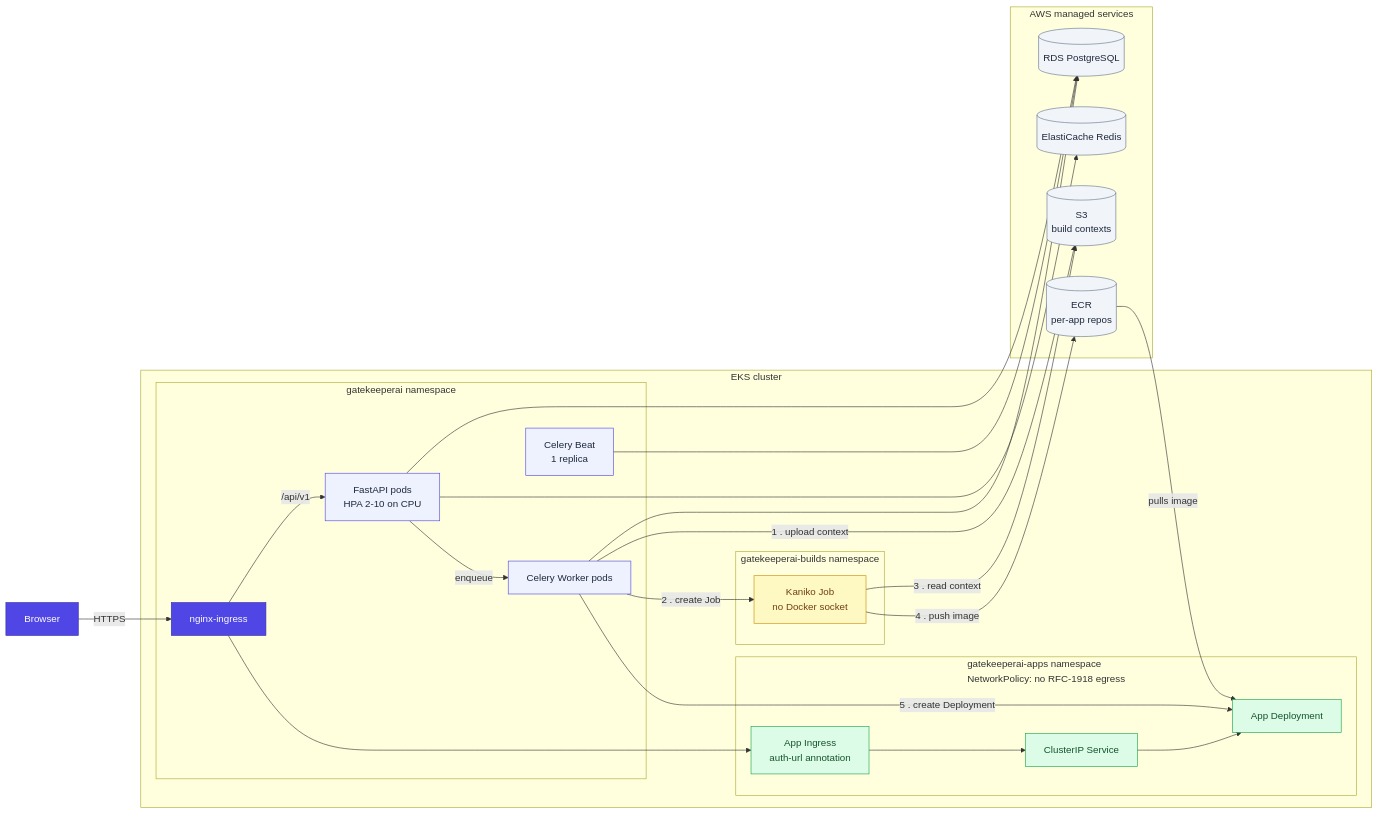
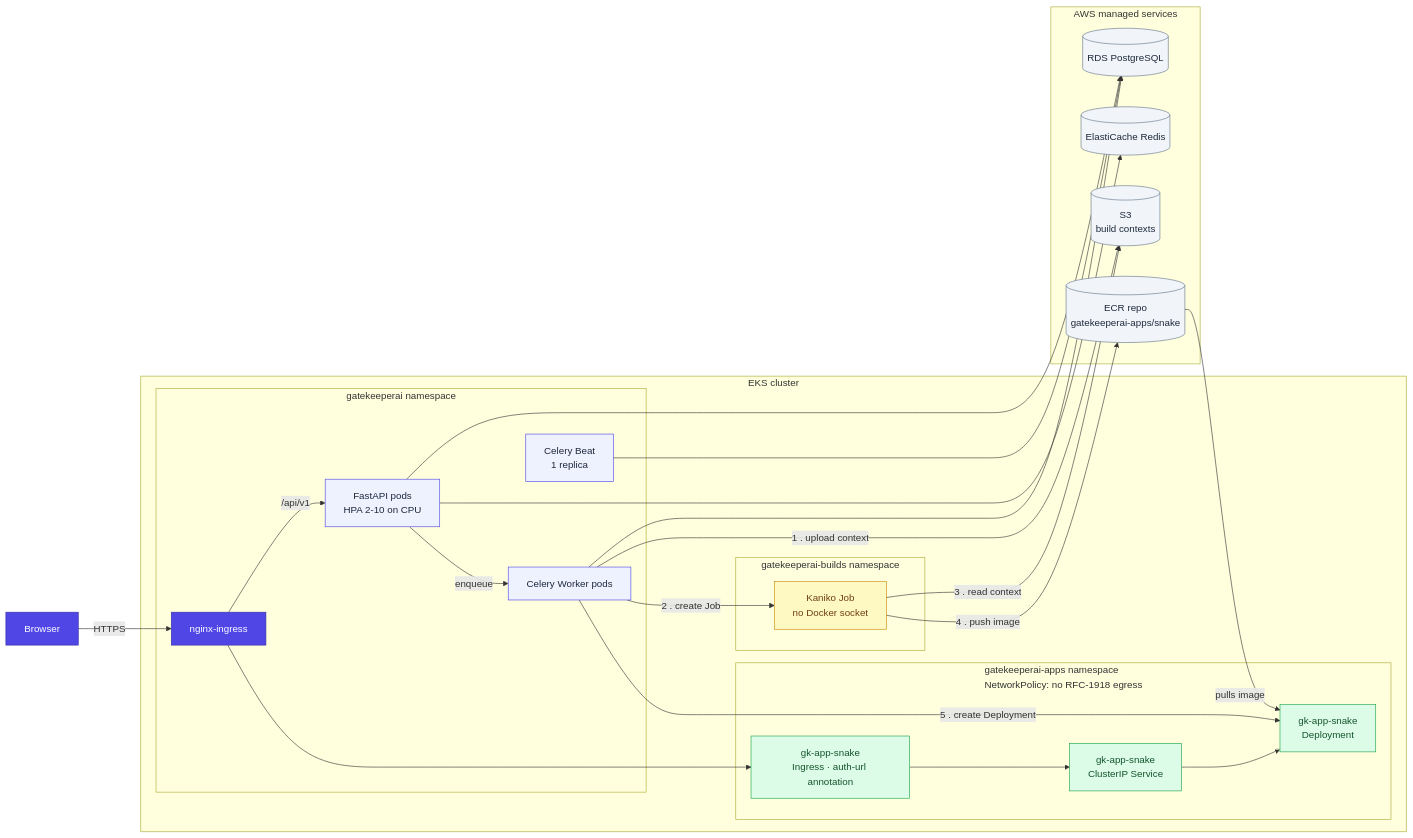
Before and after one commit to jacobthomasmichael/GatekeeperAI: the second of 2 diagrams in DESIGN.md, drawn with Mermaid. The commit also changed other lines of this file and 3 other files, not shown here.

First line of the commit message:
docs: add Snake worked example to architecture diagrams

````diff
--- a/DESIGN.md
+++ b/DESIGN.md
@@ -57,54 +57,54 @@
 ```mermaid
 flowchart LR
     Browser["Browser"]
 
     subgraph eks["EKS cluster"]
         subgraph platformns["gatekeeperai namespace"]
             Ingress["nginx-ingress"]
             API["FastAPI pods<br/>HPA 2-10 on CPU"]
             Worker["Celery Worker pods"]
             Beat["Celery Beat<br/>1 replica"]
         end
         subgraph buildns["gatekeeperai-builds namespace"]
             Kaniko["Kaniko Job<br/>no Docker socket"]
         end
         subgraph appsns["gatekeeperai-apps namespace<br/>NetworkPolicy: no RFC-1918 egress"]
-            AppDeploy["App Deployment"]
-            AppSvc["ClusterIP Service"]
-            AppIngress["App Ingress<br/>auth-url annotation"]
+            AppDeploy["gk-app-snake<br/>Deployment"]
+            AppSvc["gk-app-snake<br/>ClusterIP Service"]
+            AppIngress["gk-app-snake<br/>Ingress · auth-url annotation"]
         end
     end
 
     subgraph aws["AWS managed services"]
         RDS[("RDS PostgreSQL")]
         EC[("ElastiCache Redis")]
         S3[("S3<br/>build contexts")]
-        ECR[("ECR<br/>per-app repos")]
+        ECR[("ECR repo<br/>gatekeeperai-apps/snake")]
     end
 
     Browser -->|HTTPS| Ingress
     Ingress -->|"/api/v1"| API
     Ingress --> AppIngress --> AppSvc --> AppDeploy
     API --> RDS
     API --> EC
     API -->|enqueue| Worker
     Worker --> RDS
     Worker -->|"1 . upload context"| S3
     Worker -->|"2 . create Job"| Kaniko
     Kaniko -->|"3 . read context"| S3
     Kaniko -->|"4 . push image"| ECR
     Worker -->|"5 . create Deployment"| AppDeploy
     ECR -->|"pulls image"| AppDeploy
     Beat --> RDS
 
     classDef entry fill:#4f46e5,stroke:#3730a3,color:#fff
     classDef compute fill:#eef2ff,stroke:#4f46e5,color:#1e293b
     classDef build fill:#fef9c3,stroke:#ca8a04,color:#713f12
     classDef store fill:#f1f5f9,stroke:#64748b,color:#1e293b
     classDef app fill:#dcfce7,stroke:#16a34a,color:#14532d
     class Browser,Ingress entry
     class API,Worker,Beat compute
     class Kaniko build
     class RDS,EC,S3,ECR store
     class AppDeploy,AppSvc,AppIngress app
 ```
````
